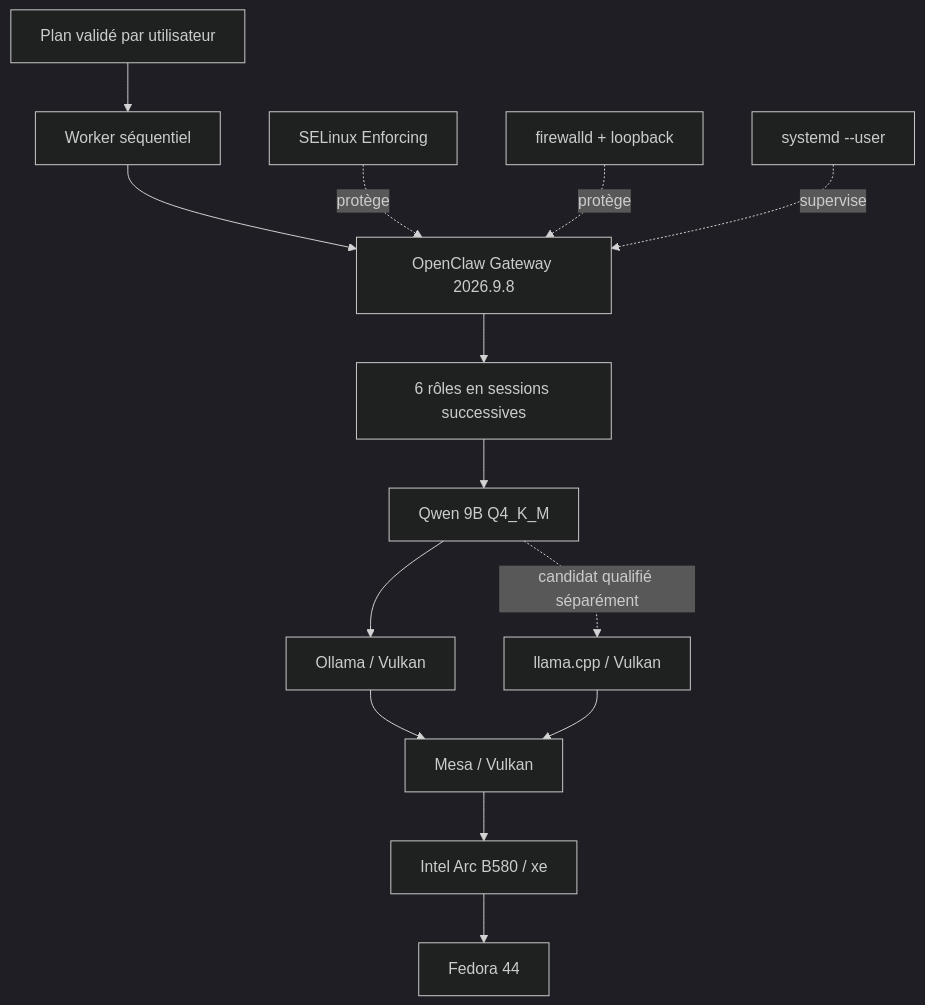
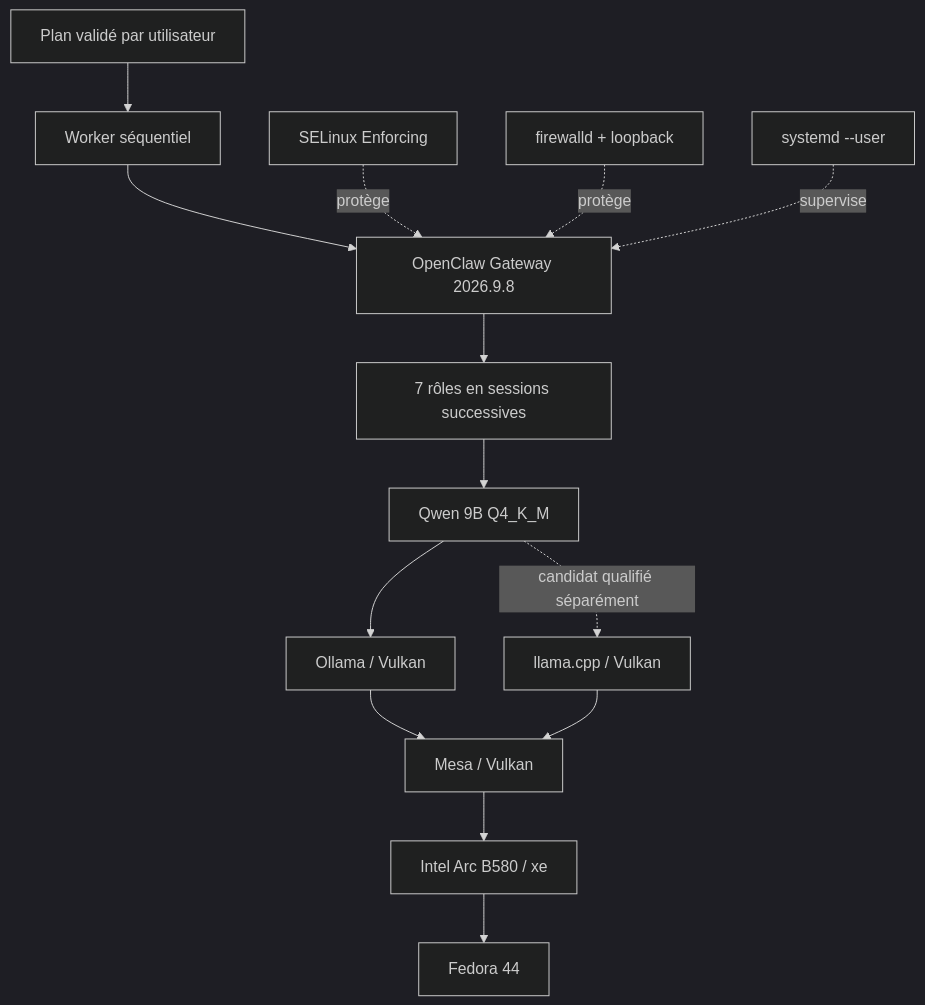
One commit to mathiasseguincadiche/OPENCLAW_LOCAL_FEDORA changed the diagram in README.md. Above: the diagram before and after it, drawn with Mermaid (dark theme). The commit also changed other lines of this file and 85 other files, not shown here.

````diff
--- a/README.md
+++ b/README.md
@@ -55,17 +55,17 @@
 ```mermaid
 flowchart TD
     U[Plan validé par utilisateur] --> W1[Worker séquentiel]
     W1 --> G[OpenClaw Gateway 2026.9.8]
-    G --> A[6 rôles en sessions successives]
+    G --> A[7 rôles en sessions successives]
     A --> M[Qwen 9B Q4_K_M]
     M --> O[Ollama / Vulkan]
     M -. candidat qualifié séparément .-> L[llama.cpp / Vulkan]
     O --> V[Mesa / Vulkan]
     L --> V
     V --> X[Intel Arc B580 / xe]
     X --> F[Fedora 44]
 
     S[SELinux Enforcing] -. protège .-> G
     W[firewalld + loopback] -. protège .-> G
     Y[systemd --user] -. supervise .-> G
 ```
````
